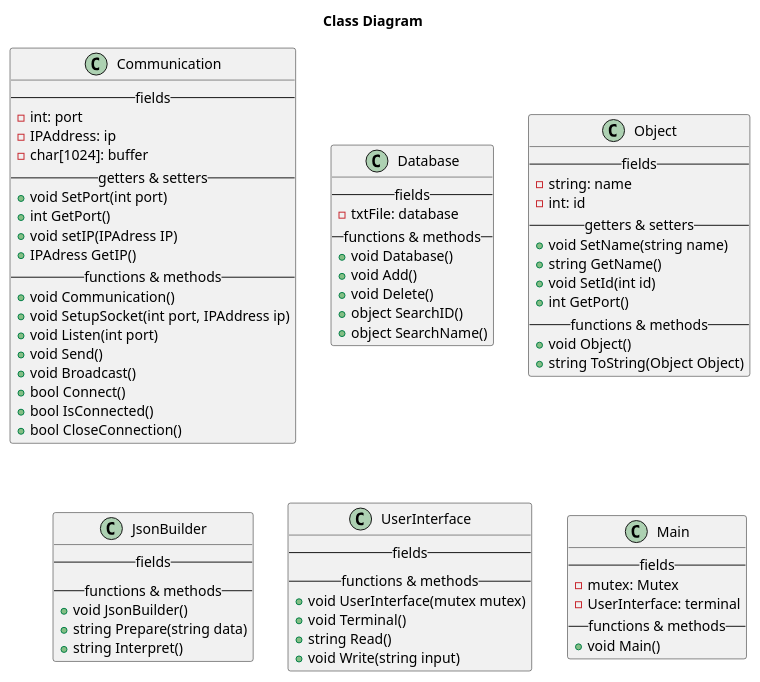
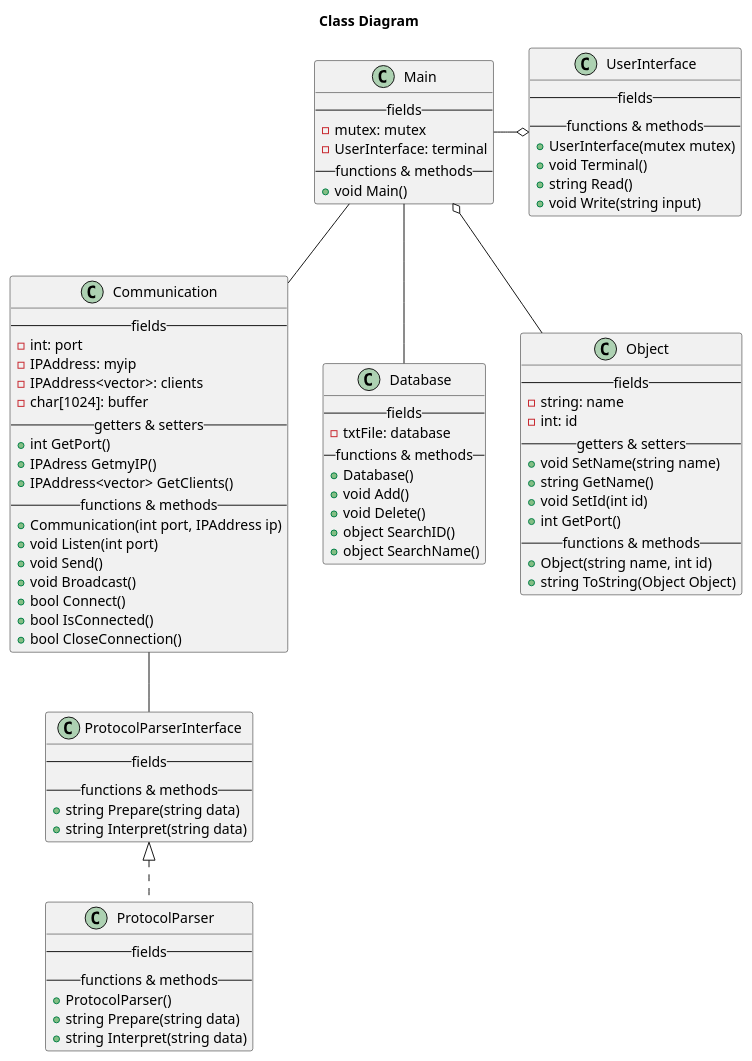
One commit to T3-FindIt/FindIt changed the diagram in Designs/Server Design/Design.wsd. Above: the diagram before and after it, drawn with PlantUML. The commit also changed 1 other file, not shown here.

```diff
--- a/Designs/Server Design/Design.wsd
+++ b/Designs/Server Design/Design.wsd
@@ -1,112 +1,130 @@
 @startuml ClassDiagram
 Title Class Diagram
 
 ' websocket code in github
 Class Communication
 {
     -- fields --
+    ' client class/struct maken?
     {field} - int: port
-    {field} - IPAddress: ip
+    {field} - IPAddress: myip
+    {field} - IPAddress<vector>: clients
     {field} - char[1024]: buffer
+    ' change char array to string?
     -- getters & setters --
-    {method} + void SetPort(int port)
+    ' {method} + void SetPort(int port)
     {method} + int GetPort()
-    {method} + void setIP(IPAdress IP)
-    {method} + IPAdress GetIP()
+    ' {method} + void setIP(IPAdress IP)
+    {method} + IPAdress GetmyIP()
+    {method} + IPAddress<vector> GetClients()
     -- functions & methods --
-    {method} + void Communication()
-    {method} + void SetupSocket(int port, IPAddress ip)
+    {method} + Communication(int port, IPAddress ip)
     {method} + void Listen(int port)
     {method} + void Send()
     {method} + void Broadcast()
     {method} + bool Connect()
     {method} + bool IsConnected()
     {method} + bool CloseConnection()
 }
 
 Class Database
 {
     -- fields --
     ' change txtFile
     {field} - txtFile: database
     -- functions & methods --
-    {method} + void Database()
+    {method} + Database()
     {method} + void Add()
     {method} + void Delete()
     {method} + object SearchID()
     {method} + object SearchName()
     ' {method} + void Searchtype()
 }
 
 ' enum with types, or a simple string?
 ' struct instead of class?
 Class Object
 {
     -- fields --
     {field} - string: name
     {field} - int: id
     ' {field} - string type
     -- getters & setters --
     {method} + void SetName(string name)
     {method} + string GetName()
     {method} + void SetId(int id)
     {method} + int GetPort()
     ' {method} + void SetType(string type)
     ' {method} + string GetType()
     -- functions & methods --
-    {method} + void Object()
+    {method} + Object(string name, int id)
     {method} + string ToString(Object Object)
 }
 
-Class JsonBuilder
+Class ProtocolParserInterface
 {
     -- fields --
     -- functions & methods --
-    {method} + void JsonBuilder()
+    ' pointers?
     {method} + string Prepare(string data)
-    {method} + string Interpret()
+    {method} + string Interpret(string data)
+}
+
+Class ProtocolParser
+{
+    -- fields --
+    -- functions & methods --
+    {method} + ProtocolParser()
+    {method} + string Prepare(string data)
+    {method} + string Interpret(string data)
 }
 
 ' simple terminal UI
 Class UserInterface
 {
     -- fields --
     -- functions & methods --
-    {method} + void UserInterface(mutex mutex)
+    {method} + UserInterface(mutex mutex)
     {method} + void Terminal()
     {method} + string Read()
     {method} + void Write(string input)
 }
 
 Class Main
 {
     -- fields --
-    {field} - mutex: Mutex
+    {field} - mutex: mutex
     {field} - UserInterface: terminal
     -- functions & methods --
     {method} + void Main()
 }
 
 ' note left of JsonBuilder : Implementatie wordt geleverd door de\nArduinoJson Library
 ' note top of JsonBuilder : Kijk naar gebruik van pointers
 
 ' EMPTY CLASSES
 ' Class CANBus
 ' END OF EMPYY CLASSES
 
+Main -o UserInterface
+Main o-- Object
+Main -- Database
+Main -- Communication
+ProtocolParserInterface <|.. ProtocolParser
+Communication -- ProtocolParserInterface
 ' IMasterSlave <|.. I2C
 ' IMasterSlave <|.. CANBus
 ' IDipSwitch <|.. DipSwitch
 
 ' Controller "1" o-- "1" WiFiHandler
 ' Controller "1" o-- "1" IMasterSlave
 ' Controller "1" o-- "1" JsonBuilder
 ' Controller "1" o-down- "1" IDipSwitch
 ' Controller "1" o-- "1" WebSocketHandler
 
 ' WiFiHandler "1" o-- "1" WiFiData
 ' WebSocketHandler "1" o-- "1" WebsocketData
 
 ' See if we should separate WebSocket & WiFi
-
+' object opslaan als JSON objecten?
 @enduml
```
